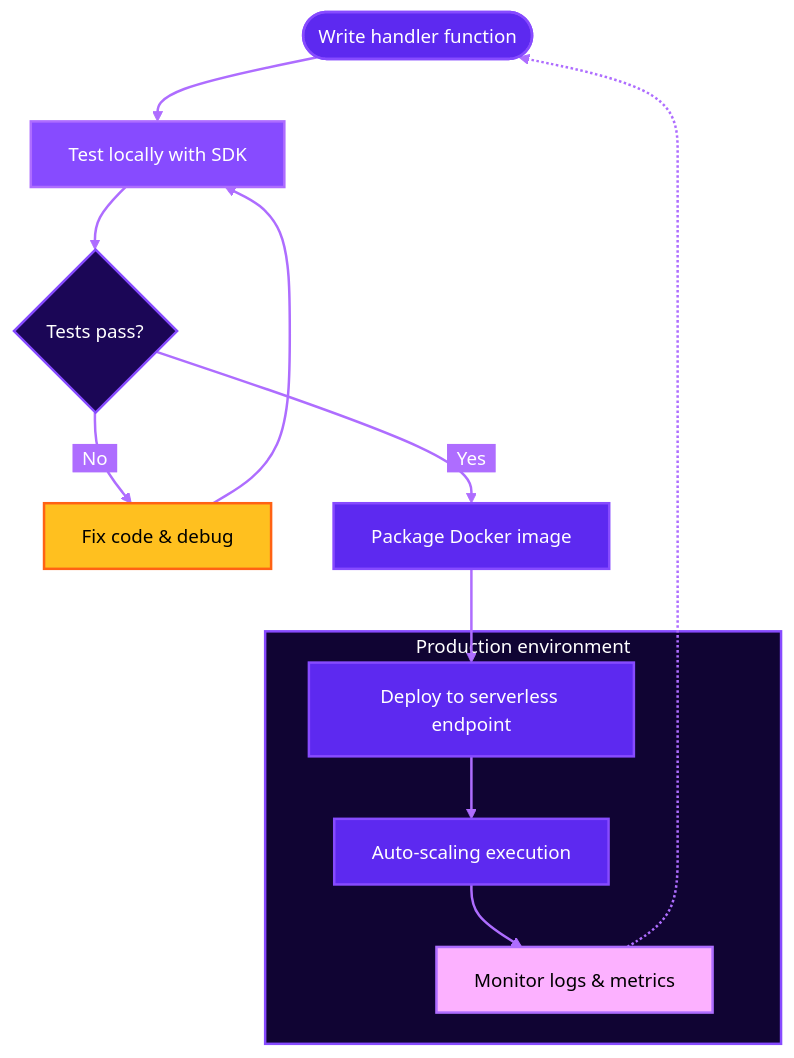
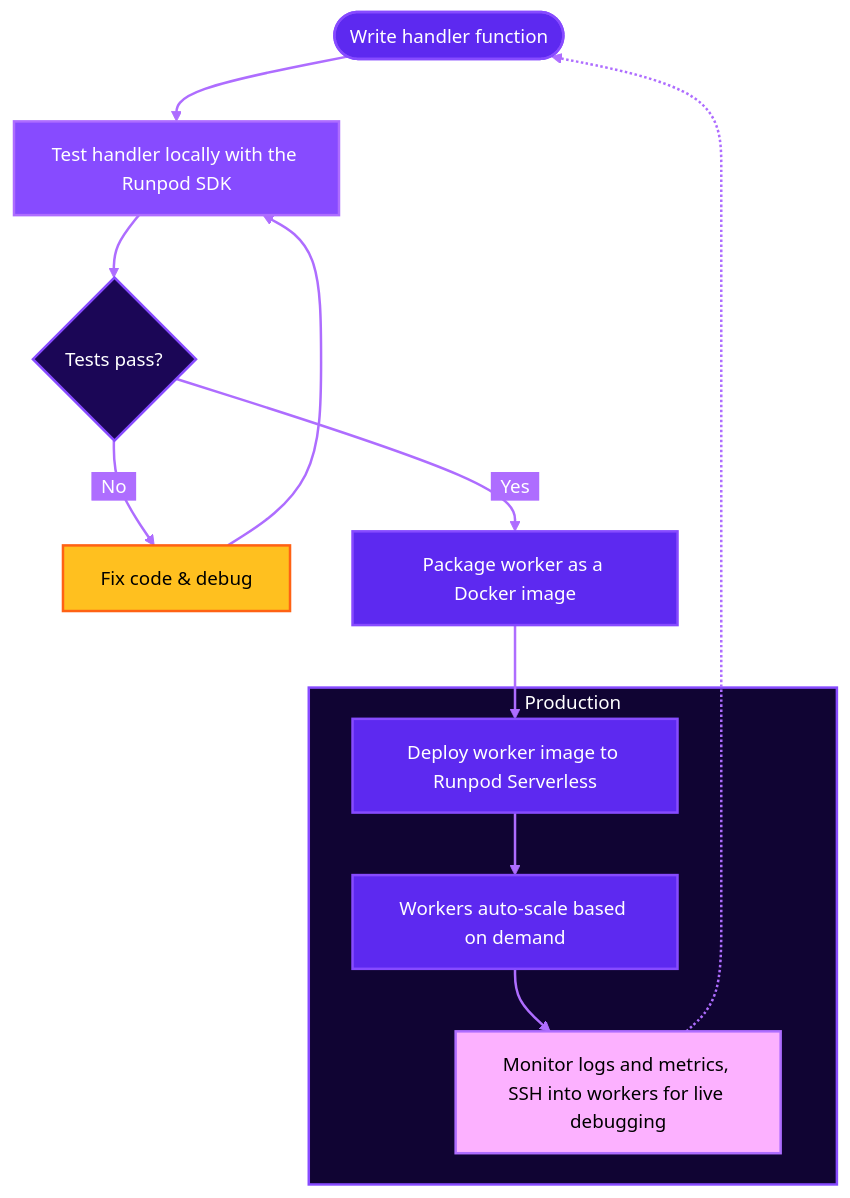
Before and after one commit to runpod/docs: the diagram in serverless/development/overview.mdx, drawn with Mermaid. The commit also changed other lines of this file and 16 other files, not shown here.

````diff
--- a/serverless/development/overview.mdx
+++ b/serverless/development/overview.mdx
@@ -16,35 +16,35 @@
 ```mermaid
 %%{init: {'theme':'base', 'themeVariables': { 'primaryColor':'#5D29F0','primaryTextColor':'#fff','primaryBorderColor':'#874BFF','lineColor':'#AE6DFF','secondaryColor':'#AE6DFF','tertiaryColor':'#FCB1FF','edgeLabelBackground':'#AE6DFF', 'fontSize':'15px','fontFamily':'font-inter'}}}%%
 
 flowchart TD
-    Start([Write handler function]) --> Test[Test locally with SDK]
+    Start([Write handler function]) --> Test[Test handler locally with the Runpod SDK]
     
     Test --> Check{Tests pass?}
     
     Check -->|"&nbsp;&nbsp;No&nbsp;&nbsp;"| Fix[Fix code & debug]
     
     Fix --> Test
     
-    Check -->|"&nbsp;&nbsp;Yes&nbsp;&nbsp;"| Package[Package Docker image]
+    Check -->|"&nbsp;&nbsp;Yes&nbsp;&nbsp;"| Package[Package worker as a Docker image]
     
-    Package --> Deploy[Deploy to serverless endpoint]
+    Package --> Deploy[Deploy worker image to Runpod Serverless]
     
-    subgraph Production [Production environment]
-        Deploy --> Running[Auto-scaling execution]
-        Running --> Monitor[Monitor logs & metrics]
+    subgraph Production [Production]
+        Deploy --> Running[Workers auto-scale based on demand]
+        Running --> Monitor[Monitor logs and metrics, SSH into workers for live debugging]
     end
     
     Monitor -.-> Start
 
     style Start fill:#5D29F0,stroke:#874BFF,color:#FFFFFF,stroke-width:2px
     style Test fill:#874BFF,stroke:#AE6DFF,color:#FFFFFF,stroke-width:2px
     style Check fill:#1B0656,stroke:#874BFF,color:#FFFFFF,stroke-width:2px
     style Fix fill:#FFC01F,stroke:#FF6214,color:#000000,stroke-width:2px
     style Package fill:#5D29F0,stroke:#874BFF,color:#FFFFFF,stroke-width:2px
     style Deploy fill:#5D29F0,stroke:#874BFF,color:#FFFFFF,stroke-width:2px
     style Running fill:#5D29F0,stroke:#874BFF,color:#FFFFFF,stroke-width:2px
     style Monitor fill:#FCB1FF,stroke:#AE6DFF,color:#000000,stroke-width:2px
     style Production fill:#100433,stroke:#874BFF,color:#FFFFFF,stroke-width:2px
     
     linkStyle default stroke-width:2px
 ```
````
